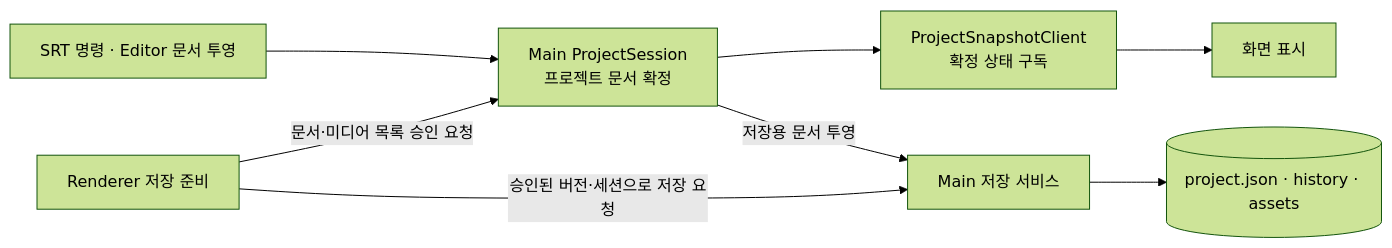
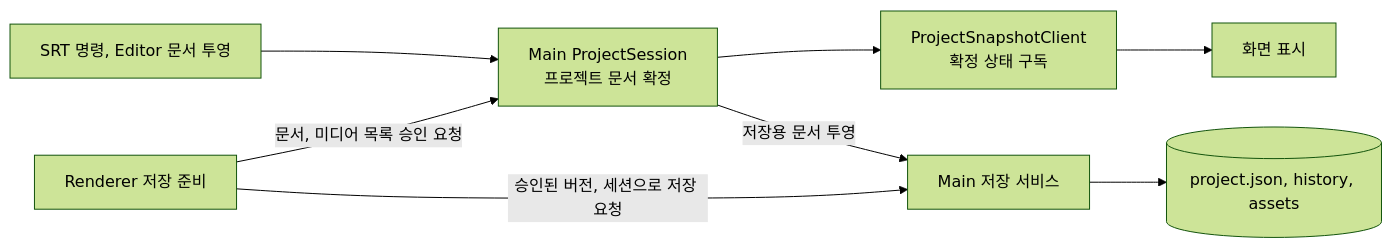
The diagram in content/posts/electron-main-process-ssot-decision.md (whizzkid1452/blog), drawn with Mermaid (forest theme) before and after one commit. The commit also changed other lines of this file and 26 other files, not shown here.

````diff
--- a/content/posts/electron-main-process-ssot-decision.md
+++ b/content/posts/electron-main-process-ssot-decision.md
@@ -80,10 +80,10 @@
 ```mermaid
 flowchart LR
-    Renderer["SRT 명령 · Editor 문서 투영"] --> Session["Main ProjectSession<br/>프로젝트 문서 확정"]
+    Renderer["SRT 명령, Editor 문서 투영"] --> Session["Main ProjectSession<br/>프로젝트 문서 확정"]
     Session --> Snapshot["ProjectSnapshotClient<br/>확정 상태 구독"]
     Snapshot --> UI["화면 표시"]
-    Preparation["Renderer 저장 준비"] -->|"문서·미디어 목록 승인 요청"| Session
+    Preparation["Renderer 저장 준비"] -->|"문서, 미디어 목록 승인 요청"| Session
     Session -->|"저장용 문서 투영"| Save["Main 저장 서비스"]
-    Preparation -->|"승인된 버전·세션으로 저장 요청"| Save
-    Save --> File[("project.json · history · assets")]
+    Preparation -->|"승인된 버전, 세션으로 저장 요청"| Save
+    Save --> File[("project.json, history, assets")]
 ```
````
